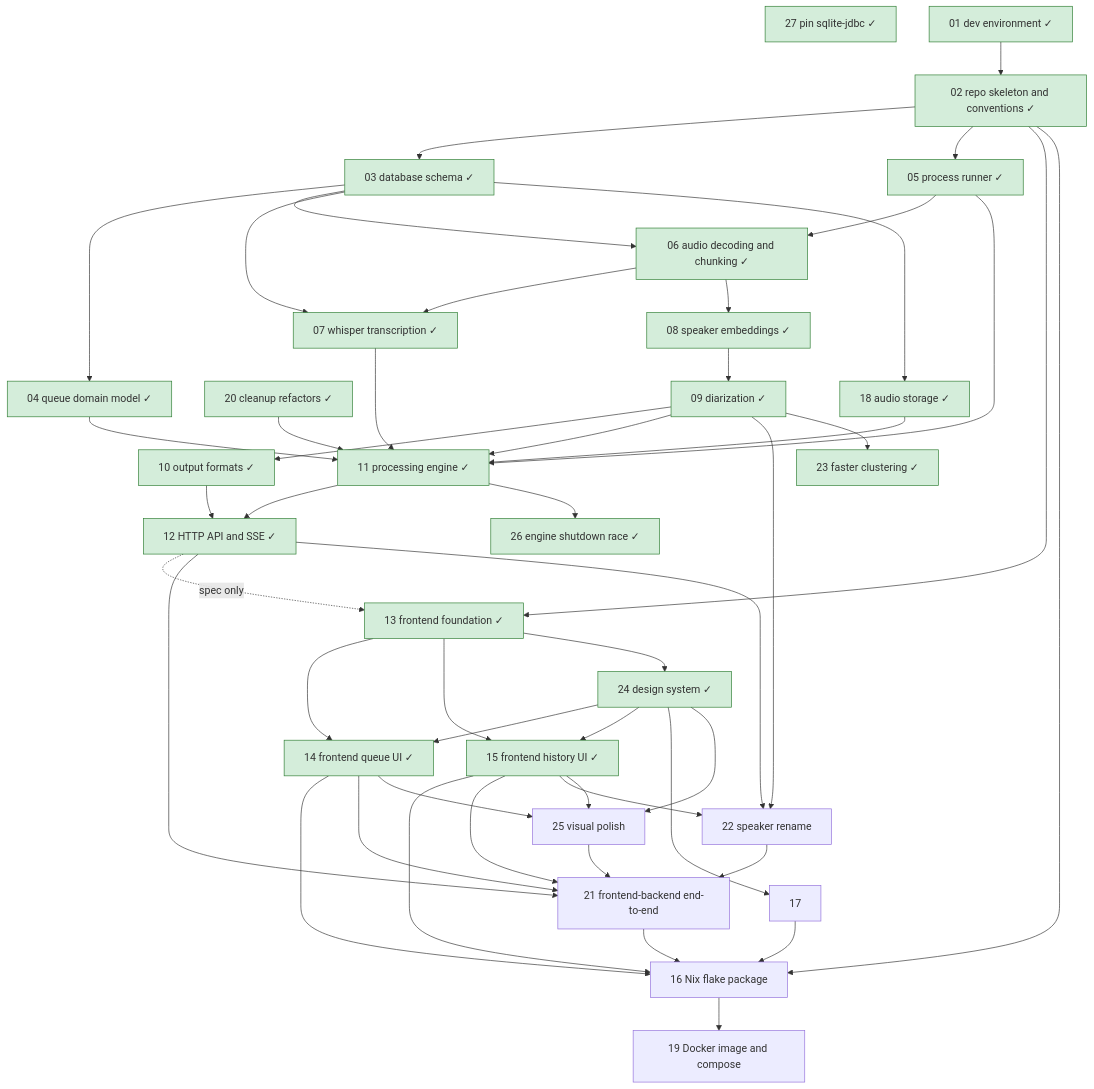
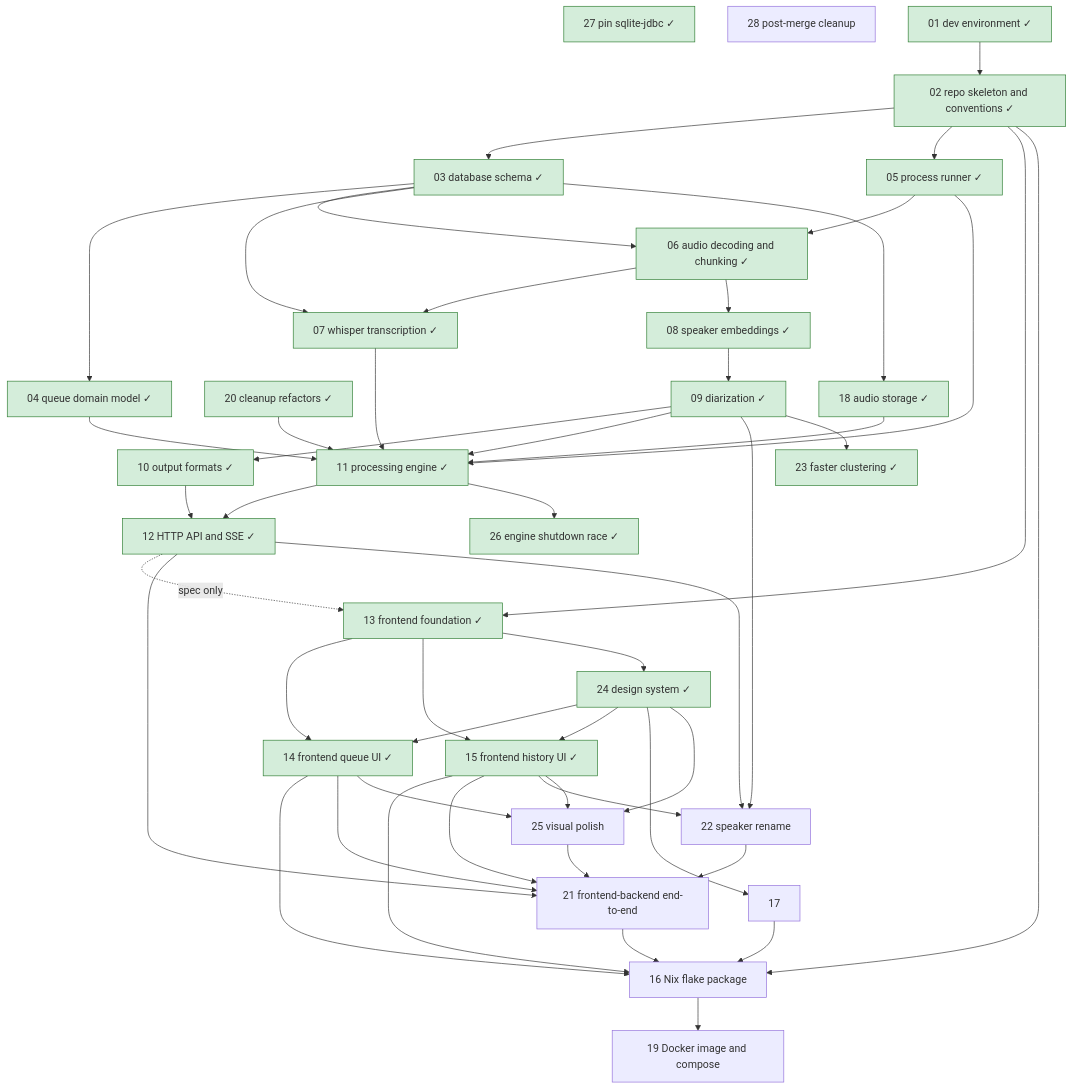
The diagram in roadmap/README.md (lulu-berlin/speech-to-text-app), drawn with Mermaid before and after one commit. The commit also changed other lines of this file and 1 other file, not shown here.

Commit message:
Add roadmap item 28: post-merge cleanup refactors

````diff
--- a/roadmap/README.md
+++ b/roadmap/README.md
@@ -17,53 +17,54 @@
 ```mermaid
 graph TD
   01[01 dev environment ✓]:::done --> 02[02 repo skeleton and conventions ✓]:::done
   02 --> 03[03 database schema ✓]:::done
   03 --> 04[04 queue domain model ✓]:::done
   02 --> 05[05 process runner ✓]:::done
   05 --> 06[06 audio decoding and chunking ✓]:::done
   03 --> 06
   06 --> 07[07 whisper transcription ✓]:::done
   03 --> 07
   06 --> 08[08 speaker embeddings ✓]:::done
   08 --> 09[09 diarization ✓]:::done
   09 --> 10[10 output formats ✓]:::done
   04 --> 11[11 processing engine ✓]:::done
   05 --> 11
   07 --> 11
   09 --> 11
   03 --> 18[18 audio storage ✓]:::done
   18 --> 11
   20 --> 11
   11 --> 12[12 HTTP API and SSE ✓]:::done
   10 --> 12
   02 --> 13[13 frontend foundation ✓]:::done
   12 -. spec only .-> 13
   13 --> 14[14 frontend queue UI ✓]:::done
   13 --> 15[15 frontend history UI ✓]:::done
   02 --> 16[16 Nix flake package]
   14 --> 16
   15 --> 16
   17 --> 16
   20[20 cleanup refactors ✓]:::done
   12 --> 21[21 frontend-backend end-to-end]
   14 --> 21
   15 --> 21
   22 --> 21
   25 --> 21
   16 --> 19[19 Docker image and compose]
   21 --> 16
   09 --> 22[22 speaker rename]
   12 --> 22
   15 --> 22
   09 --> 23[23 faster clustering ✓]:::done
   13 --> 24[24 design system ✓]:::done
   24 --> 14
   24 --> 15
   24 --> 17
   24 --> 25[25 visual polish]
   14 --> 25
   15 --> 25
   11 --> 26[26 engine shutdown race ✓]:::done
   27[27 pin sqlite-jdbc ✓]:::done
+  28[28 post-merge cleanup]
   classDef done fill:#d4edda,stroke:#2e7d32
 ```
````
